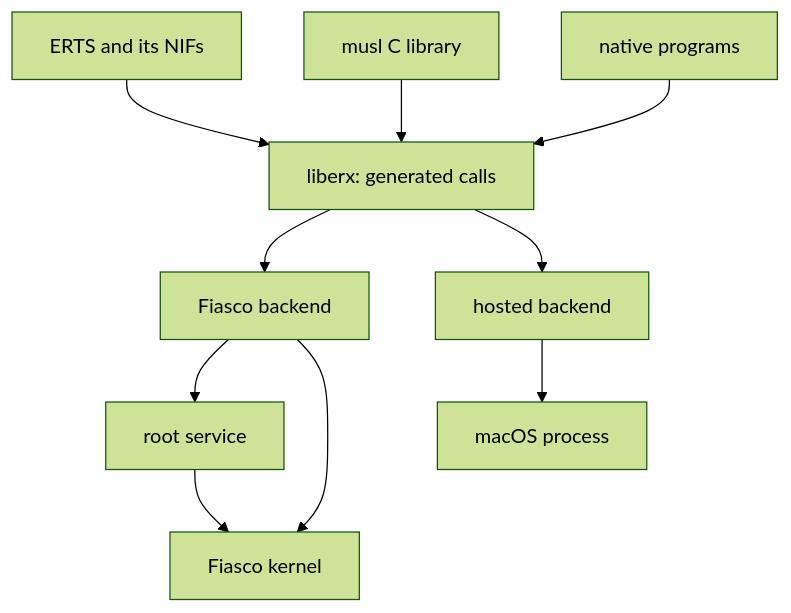
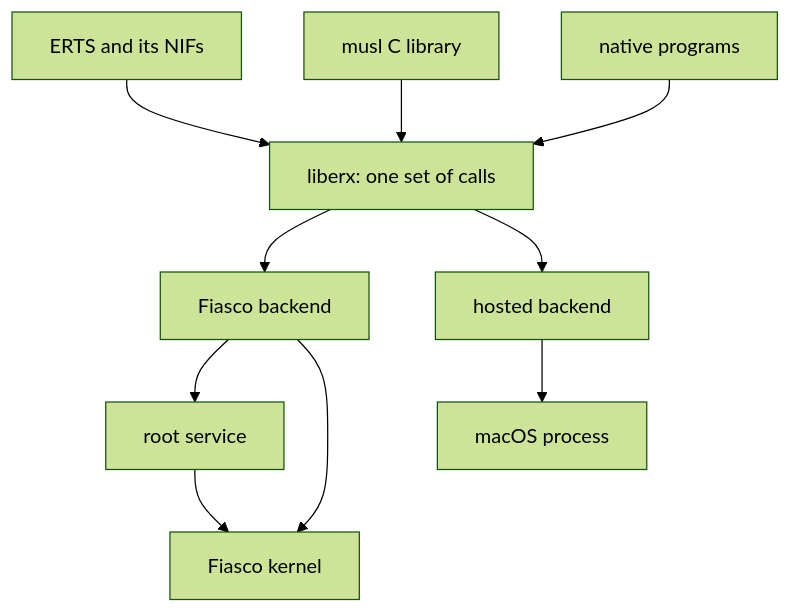
Before and after one commit to nshkrdotcom/erXos: the first of 3 diagrams in docs/book/08-kernel-interface.md, drawn with Mermaid (forest theme). The commit also changed other lines of this file, not shown here.

````diff
--- a/docs/book/08-kernel-interface.md
+++ b/docs/book/08-kernel-interface.md
@@ -184,21 +164,21 @@
 ```mermaid
 flowchart TB
   erts[ERTS and its NIFs]
   musl[musl C library]
   prog[native programs]
-  api["liberx: generated calls"]
+  api["liberx: one set of calls"]
   fiasco[Fiasco backend]
   hosted[hosted backend]
   root[root service]
   kern[Fiasco kernel]
   macos[macOS process]
   erts --> api
   musl --> api
   prog --> api
   api --> fiasco
   api --> hosted
   fiasco --> root
   fiasco --> kern
   root --> kern
   hosted --> macos
 ```
````
